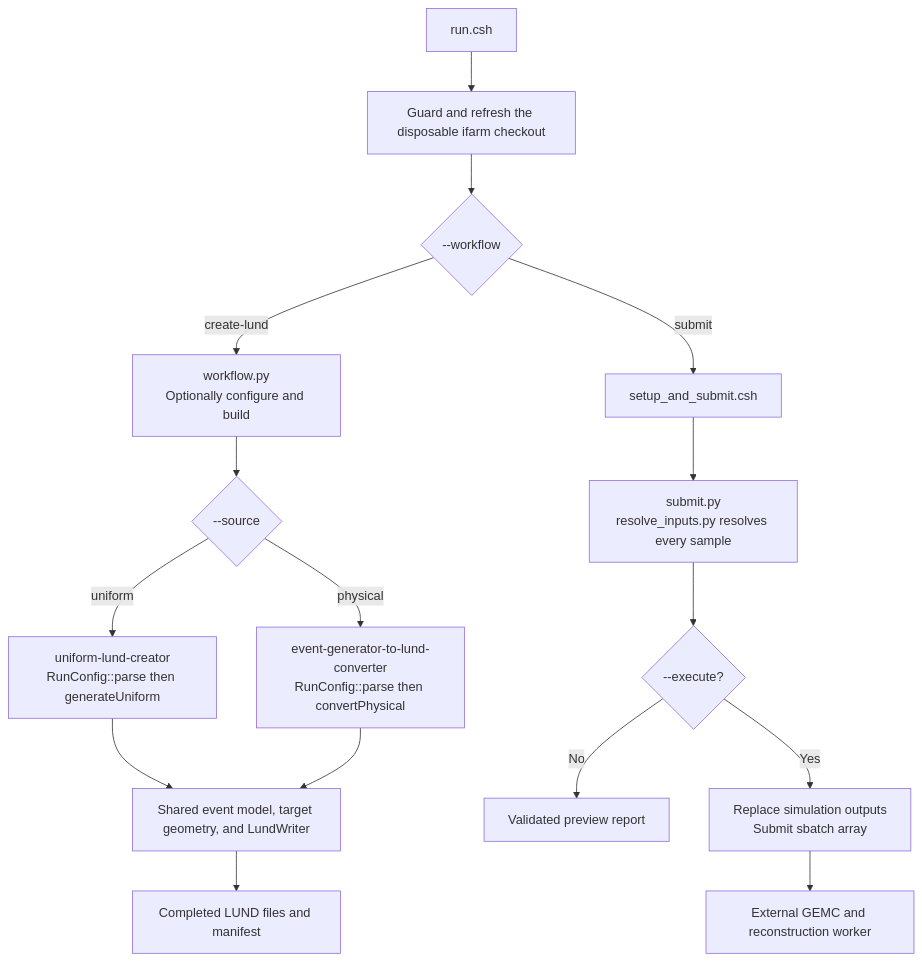
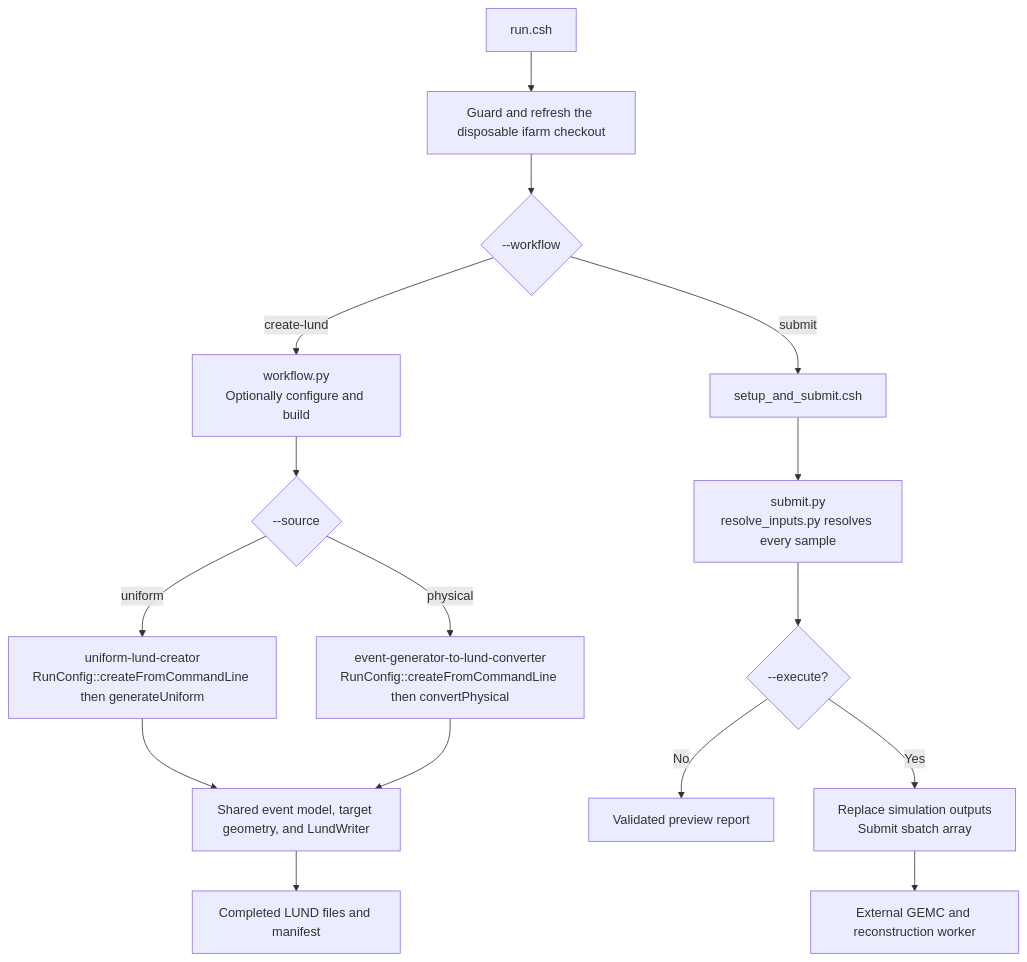
One commit to alons126/CLAS12-sample-generator changed the diagram in docs/concepts/architecture.md. Above: the diagram before and after it, drawn with Mermaid. The commit also changed other lines of this file and 30 other files, not shown here.

````diff
--- a/docs/concepts/architecture.md
+++ b/docs/concepts/architecture.md
@@ -47,20 +47,20 @@
 ```mermaid
 flowchart TB
     R["run.csh"] --> G["Guard and refresh the disposable ifarm checkout"]
     G --> W{"--workflow"}
 
     W -->|create-lund| L["workflow.py<br/>Optionally configure and build"]
     L --> S{"--source"}
-    S -->|uniform| U["uniform-lund-creator<br/>RunConfig::parse then generateUniform"]
-    S -->|physical| P["event-generator-to-lund-converter<br/>RunConfig::parse then convertPhysical"]
+    S -->|uniform| U["uniform-lund-creator<br/>RunConfig::createFromCommandLine then generateUniform"]
+    S -->|physical| P["event-generator-to-lund-converter<br/>RunConfig::createFromCommandLine then convertPhysical"]
     U --> LW["Shared event model, target geometry, and LundWriter"]
     P --> LW
     LW --> F["Completed LUND files and manifest"]
 
     W -->|submit| C["setup_and_submit.csh"]
     C --> PY["submit.py<br/>resolve_inputs.py resolves every sample"]
     PY --> X{"--execute?"}
     X -->|No| V["Validated preview report"]
     X -->|Yes| A["Replace simulation outputs<br/>Submit sbatch array"]
     A --> J["External GEMC and reconstruction worker"]
 ```
````
